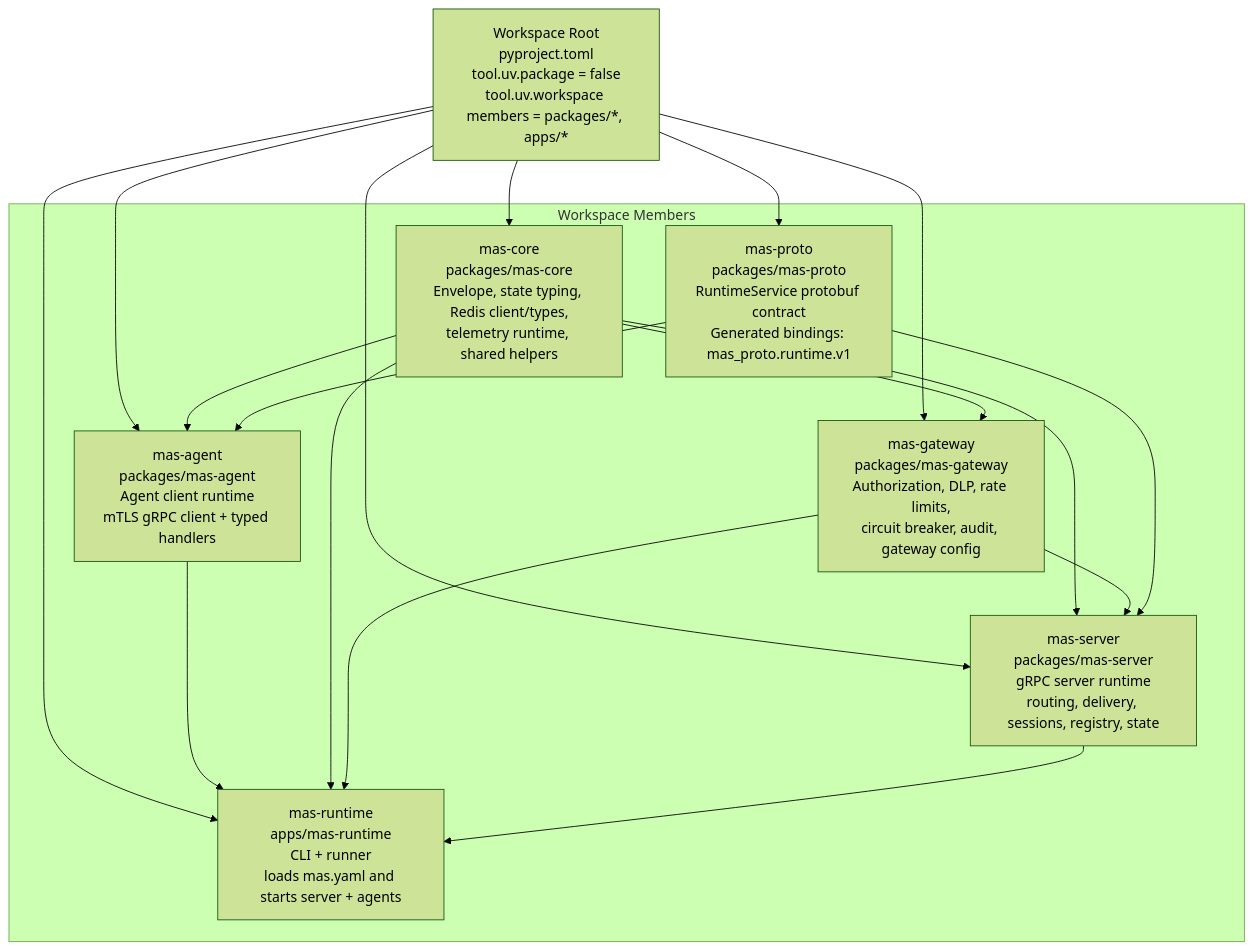
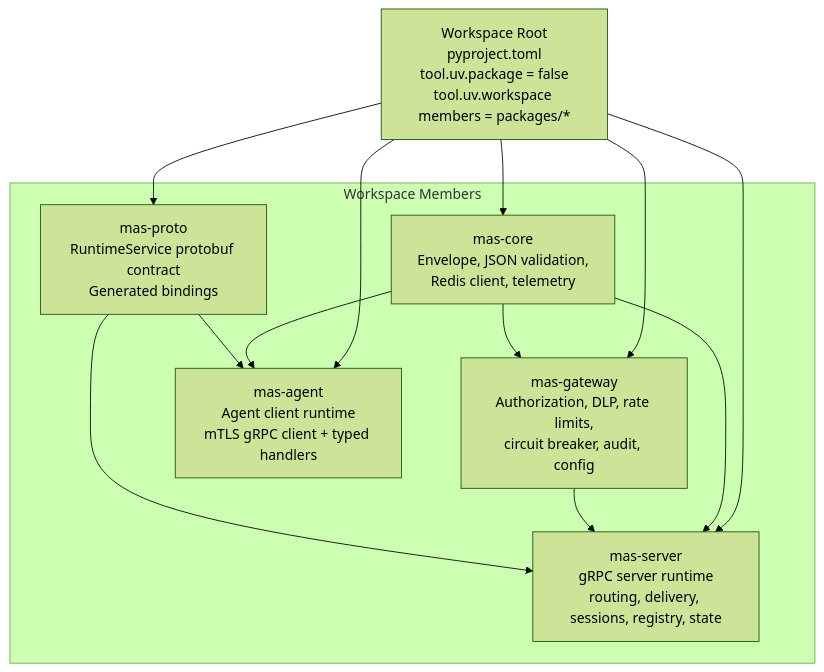
One commit to Vokality/mas-framework changed the first of 4 diagrams in docs/architecture.md. Above: the diagram before and after it, drawn with Mermaid (forest theme). The commit also changed other lines of this file and 52 other files, not shown here.

````diff
--- a/docs/architecture.md
+++ b/docs/architecture.md
@@ -7,31 +7,25 @@
 ```mermaid
 flowchart TB
-    root["Workspace Root<br/>pyproject.toml<br/>tool.uv.package = false<br/>tool.uv.workspace members = packages/*, apps/*"]
+    root["Workspace Root<br/>pyproject.toml<br/>tool.uv.package = false<br/>tool.uv.workspace members = packages/*"]
 
     subgraph packages["Workspace Members"]
-        proto["mas-proto<br/>packages/mas-proto<br/>RuntimeService protobuf contract<br/>Generated bindings: mas_proto.runtime.v1"]
-        core["mas-core<br/>packages/mas-core<br/>Envelope, state typing, Redis client/types,<br/>telemetry runtime, shared helpers"]
-        gateway["mas-gateway<br/>packages/mas-gateway<br/>Authorization, DLP, rate limits,<br/>circuit breaker, audit, gateway config"]
-        agent["mas-agent<br/>packages/mas-agent<br/>Agent client runtime<br/>mTLS gRPC client + typed handlers"]
-        server["mas-server<br/>packages/mas-server<br/>gRPC server runtime<br/>routing, delivery, sessions, registry, state"]
-        runtime["mas-runtime<br/>apps/mas-runtime<br/>CLI + runner<br/>loads mas.yaml and starts server + agents"]
+        proto["mas-proto<br/>RuntimeService protobuf contract<br/>Generated bindings"]
+        core["mas-core<br/>Envelope, JSON validation,<br/>Redis client, telemetry"]
+        gateway["mas-gateway<br/>Authorization, DLP, rate limits,<br/>circuit breaker, audit, config"]
+        agent["mas-agent<br/>Agent client runtime<br/>mTLS gRPC client + typed handlers"]
+        server["mas-server<br/>gRPC server runtime<br/>routing, delivery, sessions, registry, state"]
     end
 
     root --> proto
     root --> core
     root --> gateway
     root --> agent
     root --> server
-    root --> runtime
 
     core --> gateway
     core --> agent
     proto --> agent
     core --> server
     gateway --> server
     proto --> server
-    agent --> runtime
-    core --> runtime
-    gateway --> runtime
-    server --> runtime
 ```
````
